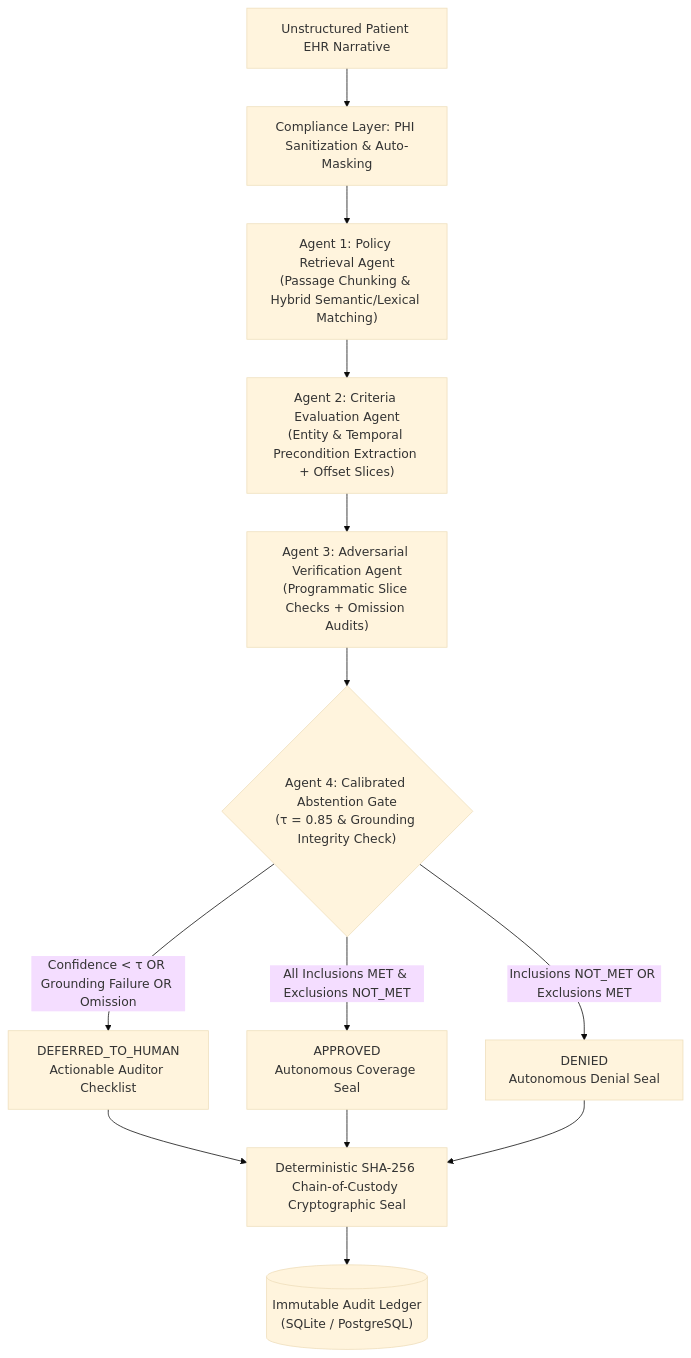
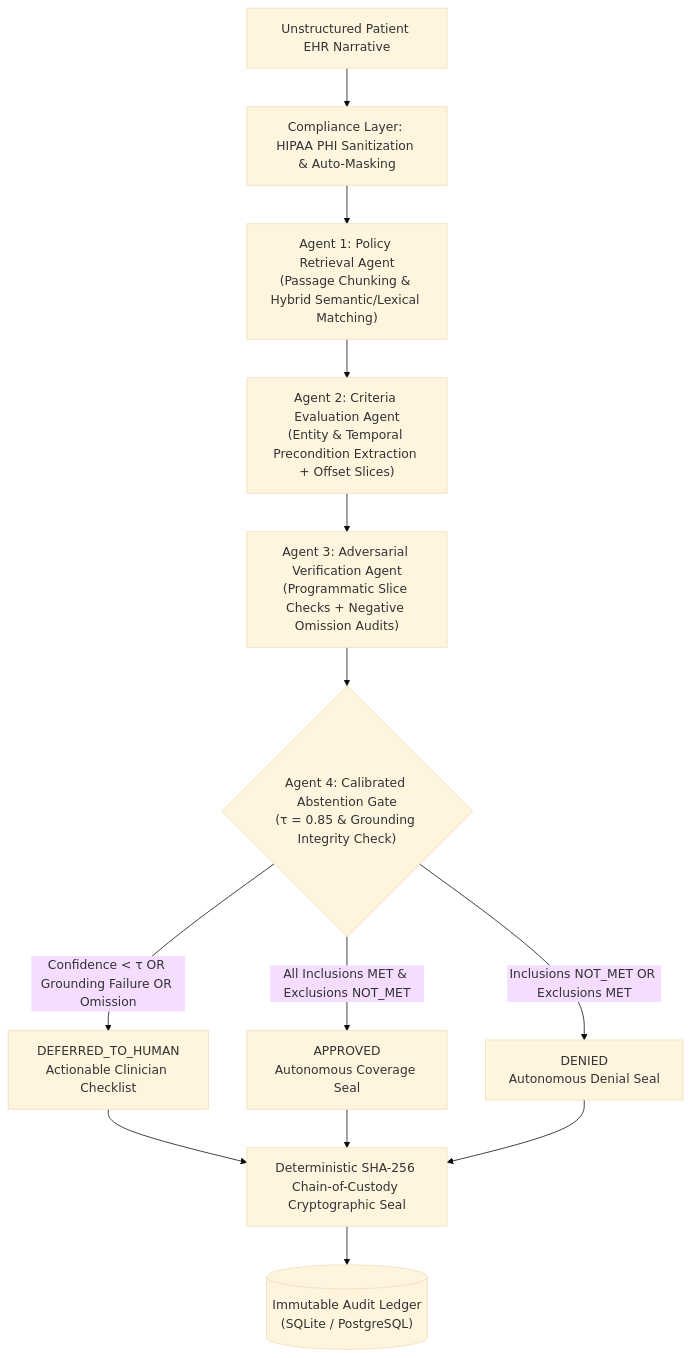
The diagram in README.md (Sumitkc74/CarePolicyGuard), drawn with Mermaid (base theme) before and after one commit. The commit also changed other lines of this file and 1 other file, not shown here.

````diff
--- a/README.md
+++ b/README.md
@@ -12,17 +63,17 @@
 ```mermaid
 flowchart TD
-    EHR["Unstructured Patient EHR Narrative"] --> PHI["Compliance Layer: PHI Sanitization & Auto-Masking"]
+    EHR["Unstructured Patient EHR Narrative"] --> PHI["Compliance Layer: HIPAA PHI Sanitization & Auto-Masking"]
     PHI --> A1["Agent 1: Policy Retrieval Agent<br/>(Passage Chunking & Hybrid Semantic/Lexical Matching)"]
     A1 --> A2["Agent 2: Criteria Evaluation Agent<br/>(Entity & Temporal Precondition Extraction + Offset Slices)"]
-    A2 --> A3["Agent 3: Adversarial Verification Agent<br/>(Programmatic Slice Checks + Omission Audits)"]
+    A2 --> A3["Agent 3: Adversarial Verification Agent<br/>(Programmatic Slice Checks + Negative Omission Audits)"]
     A3 --> A4{"Agent 4: Calibrated Abstention Gate<br/>(τ = 0.85 & Grounding Integrity Check)"}
     
-    A4 -- "Confidence < τ OR Grounding Failure OR Omission" --> DEFER["DEFERRED_TO_HUMAN<br/>Actionable Auditor Checklist"]
+    A4 -- "Confidence < τ OR Grounding Failure OR Omission" --> DEFER["DEFERRED_TO_HUMAN<br/>Actionable Clinician Checklist"]
     A4 -- "All Inclusions MET & Exclusions NOT_MET" --> APP["APPROVED<br/>Autonomous Coverage Seal"]
     A4 -- "Inclusions NOT_MET OR Exclusions MET" --> DEN["DENIED<br/>Autonomous Denial Seal"]
 
     DEFER --> COC["Deterministic SHA-256 Chain-of-Custody Cryptographic Seal"]
     APP --> COC
     DEN --> COC
     COC --> DB[("Immutable Audit Ledger<br/>(SQLite / PostgreSQL)")]
 ```
````
